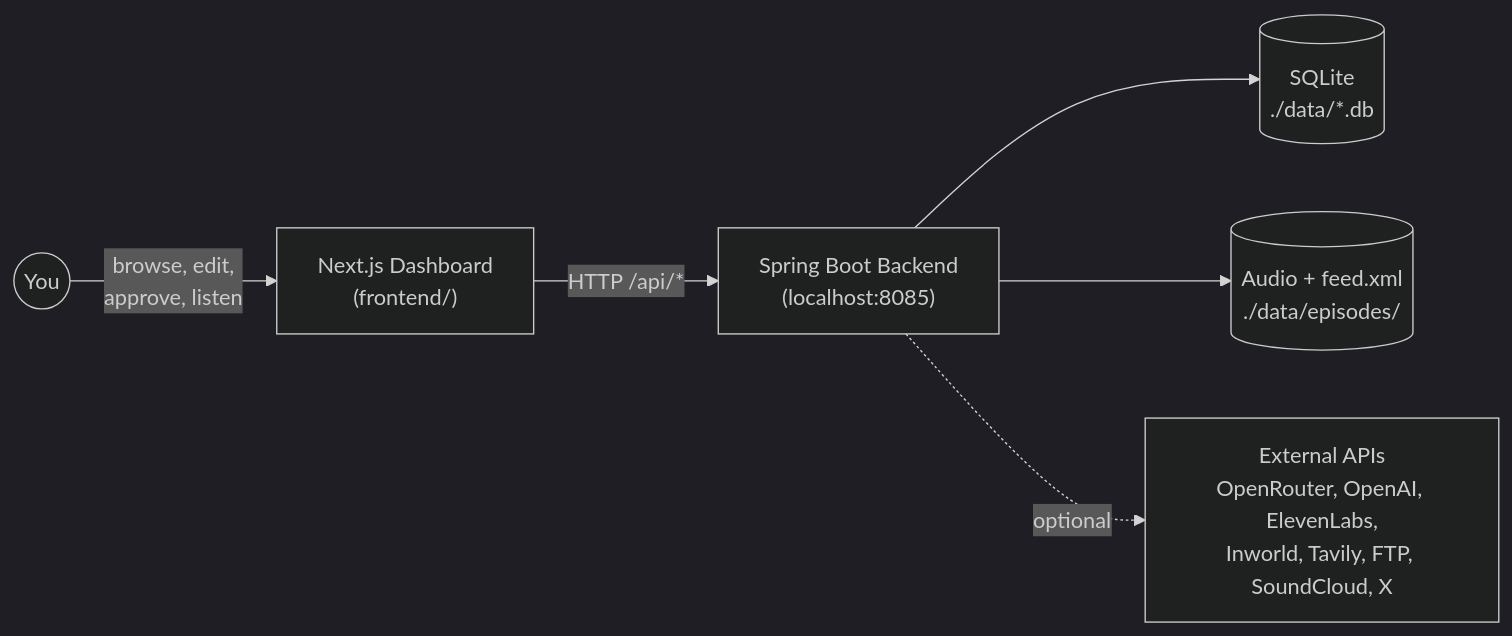
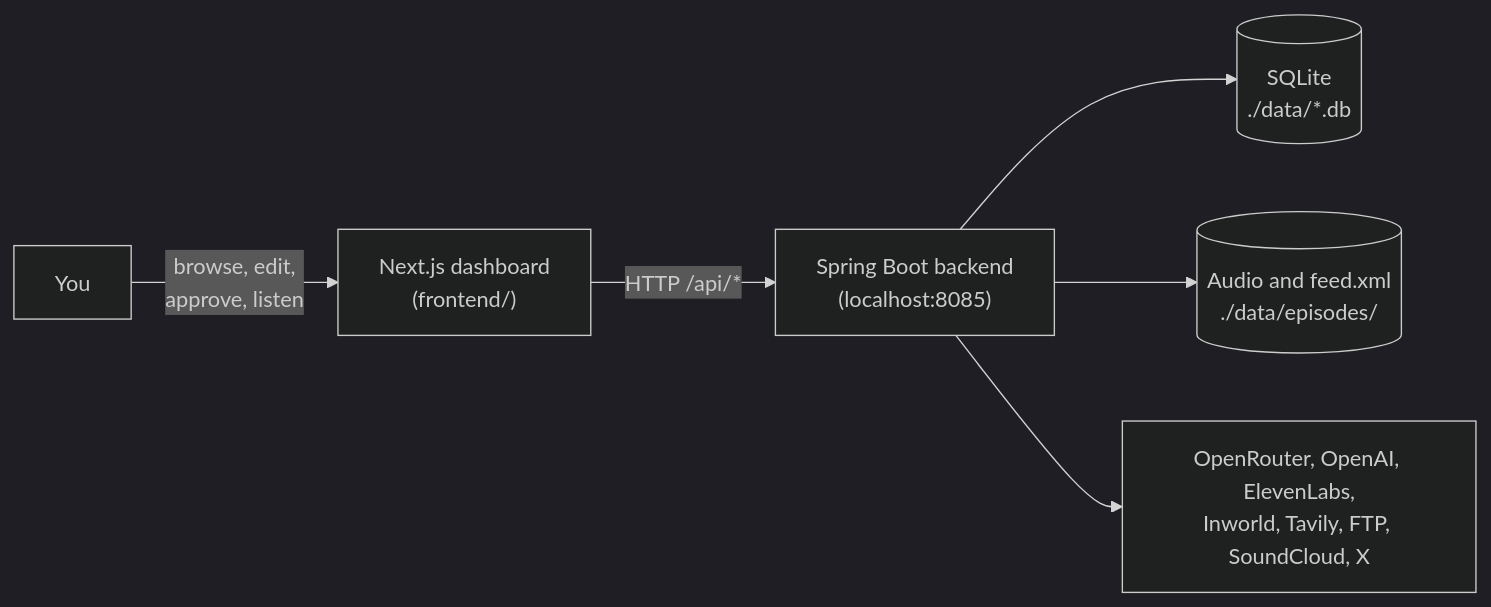
One commit to sourcelabs-nl/ai-podcast-studio changed the eighth of 8 diagrams in README.md. Above: the diagram before and after it, drawn with Mermaid (dark theme). The commit also changed other lines of this file and 8 other files, not shown here.

First line of the commit message:
docs(readme): put the pipeline stages up front and render every diagram

````diff
--- a/README.md
+++ b/README.md
@@ -128,8 +232,8 @@
 ```mermaid
-flowchart LR
-    USER(("You")) -->|browse, edit,<br/>approve, listen| FE["Next.js Dashboard<br/>(frontend/)"]
-    FE -->|HTTP /api/*| BE["Spring Boot Backend<br/>(localhost:8085)"]
-    BE --> DB[("SQLite<br/>./data/*.db")]
-    BE --> FS[("Audio + feed.xml<br/>./data/episodes/")]
-    BE -.->|optional| EXT["External APIs<br/>OpenRouter, OpenAI, ElevenLabs,<br/>Inworld, Tavily, FTP, SoundCloud, X"]
+graph LR
+    USER["You"]:::consumer -->|"browse, edit,<br/>approve, listen"| FE
+    FE["Next.js dashboard<br/>(frontend/)"]:::service -->|"HTTP /api/*"| BE
+    BE["Spring Boot backend<br/>(localhost:8085)"]:::platform --> DB[("SQLite<br/>./data/*.db")]:::datastore
+    BE --> FS[("Audio and feed.xml<br/>./data/episodes/")]:::datastore
+    BE --> EXT["OpenRouter, OpenAI, ElevenLabs,<br/>Inworld, Tavily, FTP, SoundCloud, X"]:::external
 ```
````
